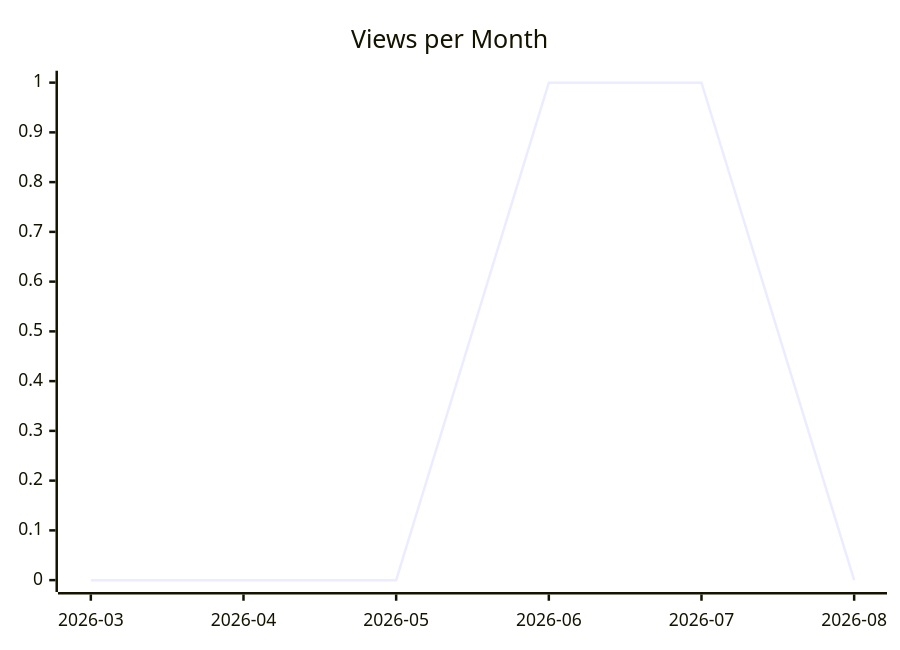
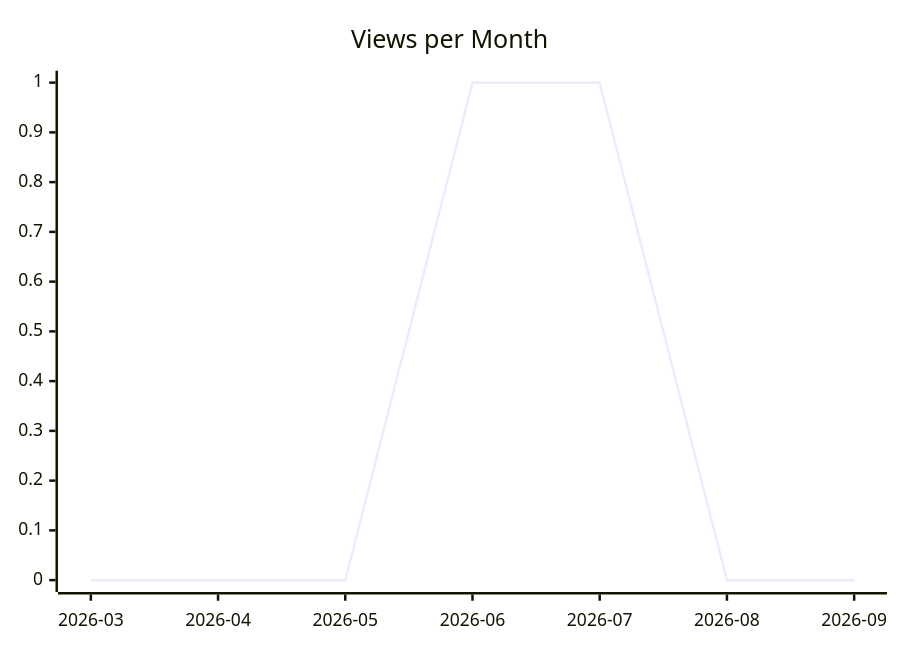
Before and after one commit to justdavis-family/github-analytics-data: the second of 3 diagrams in karlmdavis/ansible/README.md, drawn with Mermaid. The commit also changed other lines of this file and 190 other files, not shown here.

````diff
--- a/karlmdavis/ansible/README.md
+++ b/karlmdavis/ansible/README.md
@@ -12,6 +12,6 @@
 ```mermaid
 xychart-beta
   title "Views per Month"
-  x-axis ["2026-03", "2026-04", "2026-05", "2026-06", "2026-07", "2026-08"]
-  line [0, 0, 0, 1, 1, 0]
+  x-axis ["2026-03", "2026-04", "2026-05", "2026-06", "2026-07", "2026-08", "2026-09"]
+  line [0, 0, 0, 1, 1, 0, 0]
 ```
````
